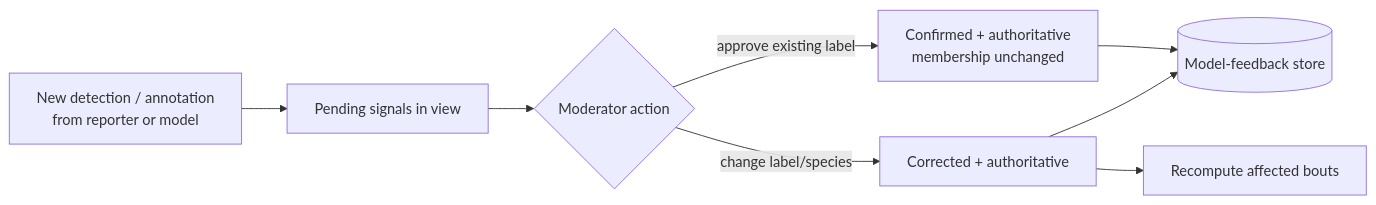
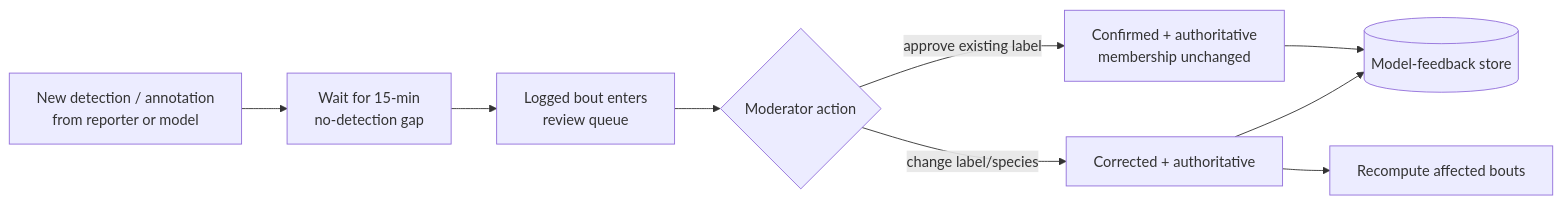
One commit to orcasound/orcahello changed the first of 2 diagrams in ModeratorFrontEnd/specification/signal-moderation-ux-proposal.md. Above: the diagram before and after it, drawn with Mermaid. The commit also changed other lines of this file and 4 other files, not shown here.

````diff
--- a/ModeratorFrontEnd/specification/signal-moderation-ux-proposal.md
+++ b/ModeratorFrontEnd/specification/signal-moderation-ux-proposal.md
@@ -446,10 +458,11 @@
 ```mermaid
 flowchart LR
-  I[New detection / annotation<br/>from reporter or model] --> Q[Pending signals in view]
+  I[New detection / annotation<br/>from reporter or model] --> G[Wait for 15-min<br/>no-detection gap]
+  G --> Q[Logged bout enters<br/>review queue]
   Q --> R{Moderator action}
   R -- approve existing label --> C[Confirmed + authoritative<br/>membership unchanged]
   R -- change label/species --> K[Corrected + authoritative]
   C --> F[(Model-feedback store)]
   K --> B[Recompute affected bouts]
   K --> F
 ```
````
